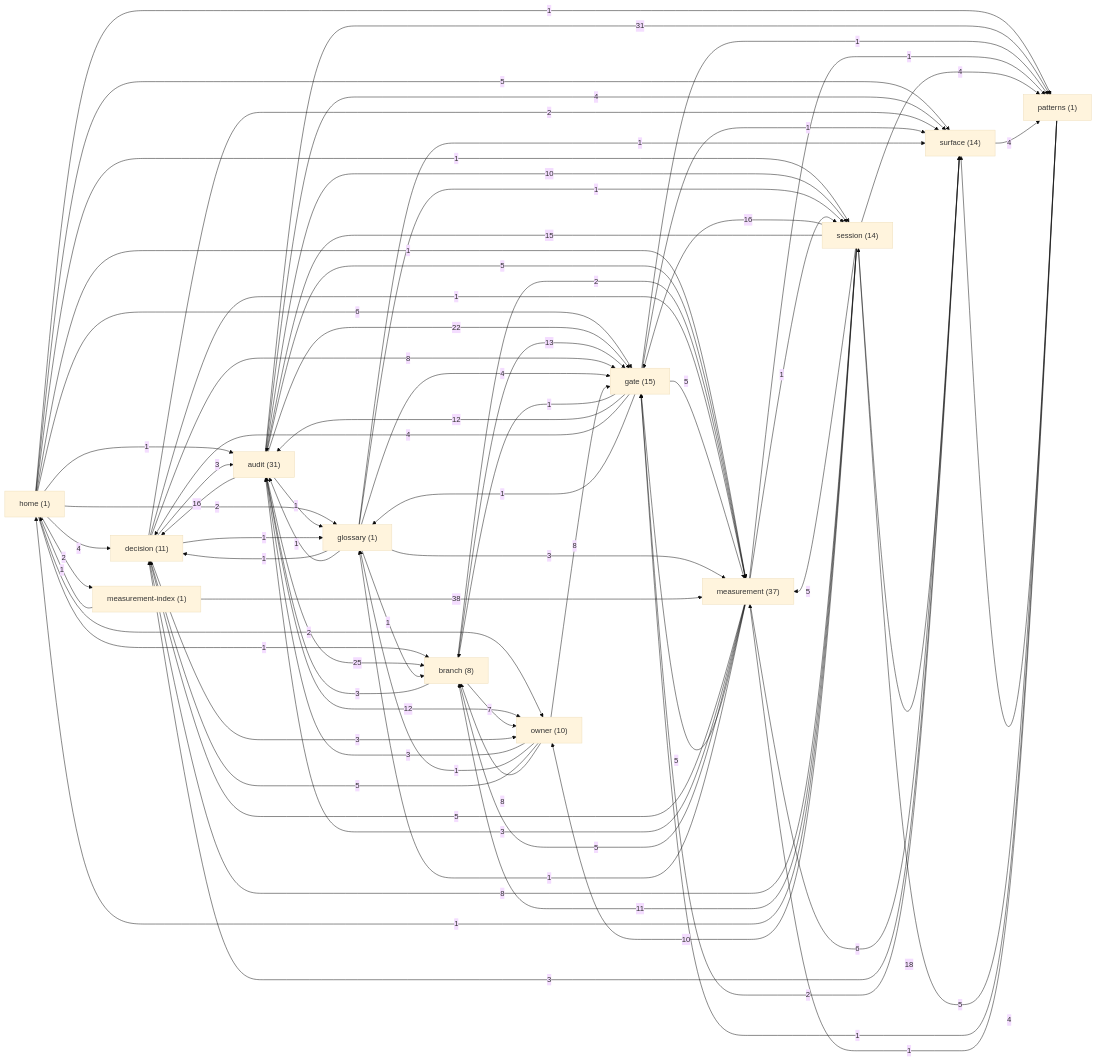
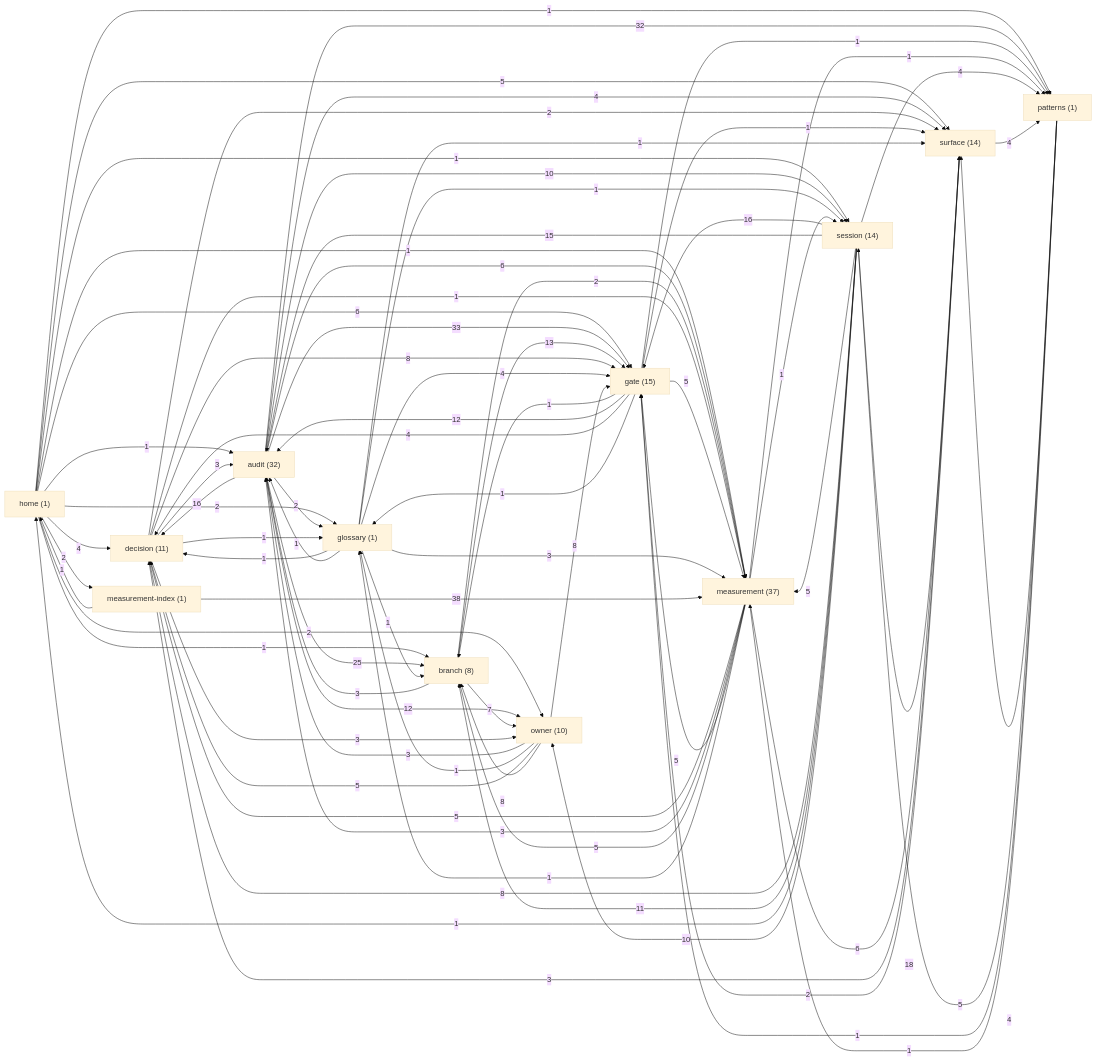
One commit to sergey9519546/STORYMACHINE changed the diagram in docs/brain/GRAPH.md. Above: the diagram before and after it, drawn with Mermaid (base theme). The commit also changed other lines of this file and 1 other file, not shown here.

First line of the commit message:
docs(brain): regenerate graph for scene-grammar audit note

````diff
--- a/docs/brain/GRAPH.md
+++ b/docs/brain/GRAPH.md
@@ -9,7 +9,7 @@
 ```mermaid
 graph LR
   home["home (1)"]
-  audit["audit (31)"]
+  audit["audit (32)"]
   branch["branch (8)"]
   decision["decision (11)"]
   gate["gate (15)"]
@@ -31,15 +31,15 @@
   home -->|1| measurement
   home -->|1| branch
   home -->|1| patterns
-  audit -->|1| glossary
+  audit -->|2| glossary
   audit -->|10| session
   audit -->|25| branch
-  audit -->|22| gate
+  audit -->|33| gate
   audit -->|16| decision
-  audit -->|31| patterns
+  audit -->|32| patterns
   audit -->|12| owner
   audit -->|4| surface
-  audit -->|5| measurement
+  audit -->|6| measurement
   branch -->|3| audit
   branch -->|7| owner
   branch -->|13| gate
````
